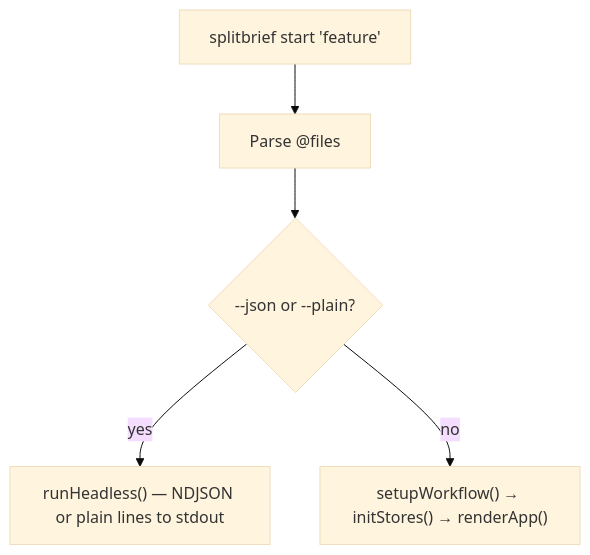
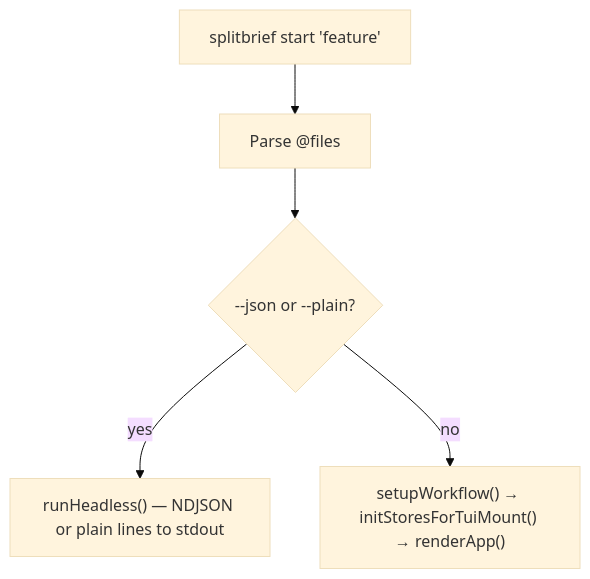
One commit to b4r7x/splitbrief changed the first of 2 diagrams in docs/HOW-IT-WORKS.md. Above: the diagram before and after it, drawn with Mermaid (base theme). The commit also changed other lines of this file and 35 other files, not shown here.

````diff
--- a/docs/HOW-IT-WORKS.md
+++ b/docs/HOW-IT-WORKS.md
@@ -17,7 +17,7 @@
 ```mermaid
 graph TD
     CLI["splitbrief start 'feature'"] --> Validate[Parse @files]
     Validate --> JSON{"--json or --plain?"}
     JSON -->|yes| Headless["runHeadless() — NDJSON or plain lines to stdout"]
-    JSON -->|no| Interactive["setupWorkflow() → initStores() → renderApp()"]
+    JSON -->|no| Interactive["setupWorkflow() → initStoresForTuiMount() → renderApp()"]
 ```
````
